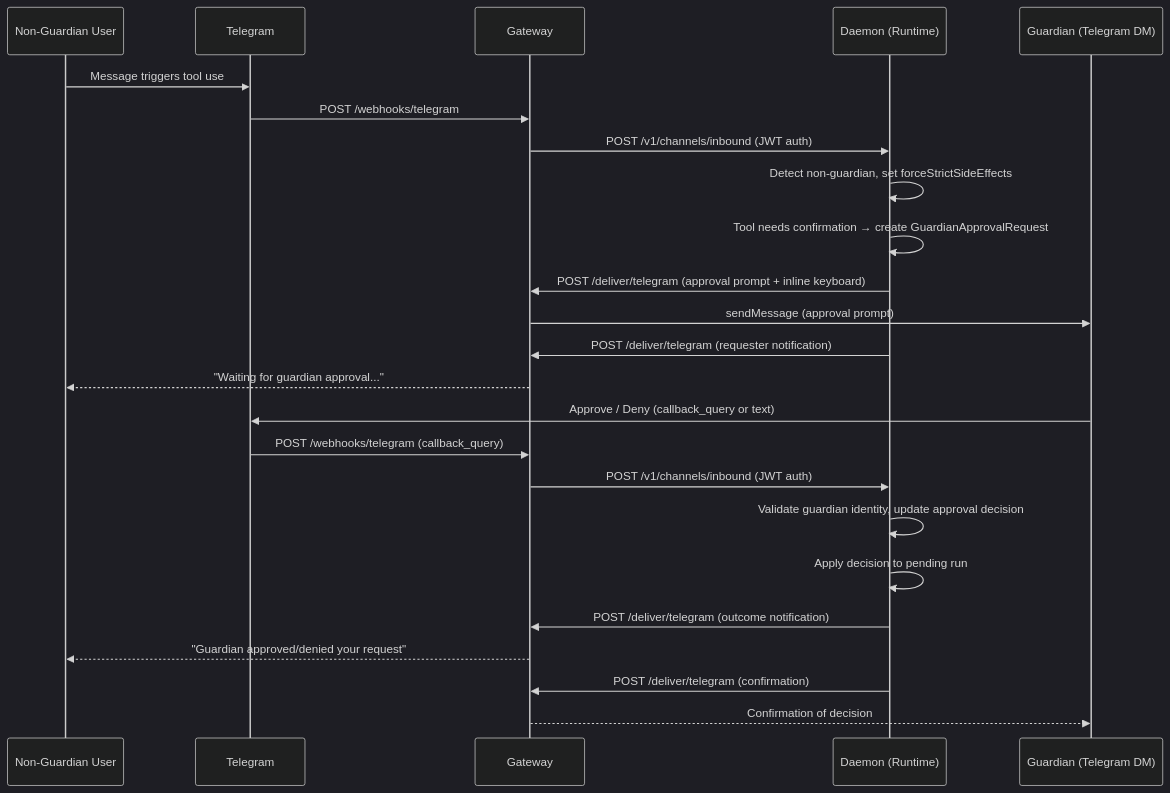
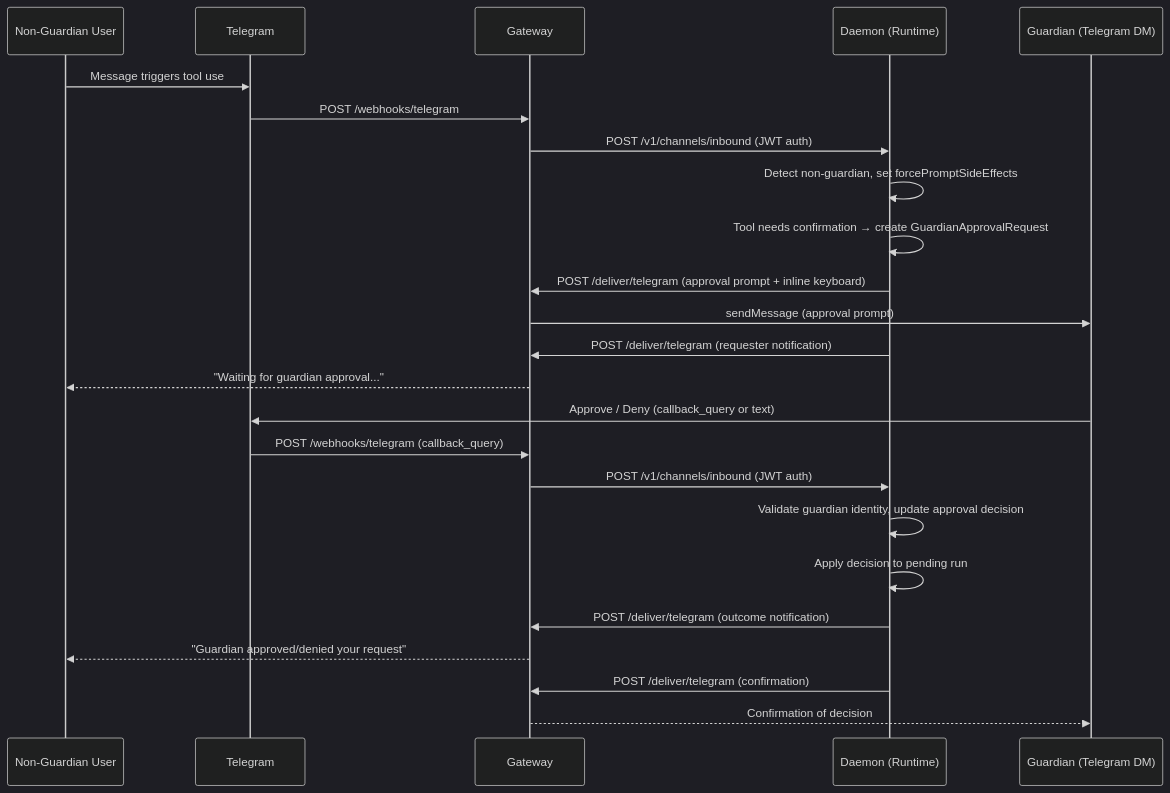
The third of 6 diagrams in gateway/ARCHITECTURE.md (vellum-ai/vellum-assistant), drawn with Mermaid (dark theme) before and after one commit. The commit also changed other lines of this file and 27 other files, not shown here.

````diff
--- a/gateway/ARCHITECTURE.md
+++ b/gateway/ARCHITECTURE.md
@@ -502,27 +502,27 @@
 ```mermaid
 sequenceDiagram
     participant NG as Non-Guardian User
     participant TG as Telegram
     participant GW as Gateway
     participant Daemon as Daemon (Runtime)
     participant Guardian as Guardian (Telegram DM)
 
     NG->>TG: Message triggers tool use
     TG->>GW: POST /webhooks/telegram
     GW->>Daemon: POST /v1/channels/inbound (JWT auth)
-    Daemon->>Daemon: Detect non-guardian, set forceStrictSideEffects
+    Daemon->>Daemon: Detect non-guardian, set forcePromptSideEffects
     Daemon->>Daemon: Tool needs confirmation → create GuardianApprovalRequest
     Daemon->>GW: POST /deliver/telegram (approval prompt + inline keyboard)
     GW->>Guardian: sendMessage (approval prompt)
     Daemon->>GW: POST /deliver/telegram (requester notification)
     GW-->>NG: "Waiting for guardian approval..."
     Guardian->>TG: Approve / Deny (callback_query or text)
     TG->>GW: POST /webhooks/telegram (callback_query)
     GW->>Daemon: POST /v1/channels/inbound (JWT auth)
     Daemon->>Daemon: Validate guardian identity, update approval decision
     Daemon->>Daemon: Apply decision to pending run
     Daemon->>GW: POST /deliver/telegram (outcome notification)
     GW-->>NG: "Guardian approved/denied your request"
     Daemon->>GW: POST /deliver/telegram (confirmation)
     GW-->>Guardian: Confirmation of decision
 ```
````
